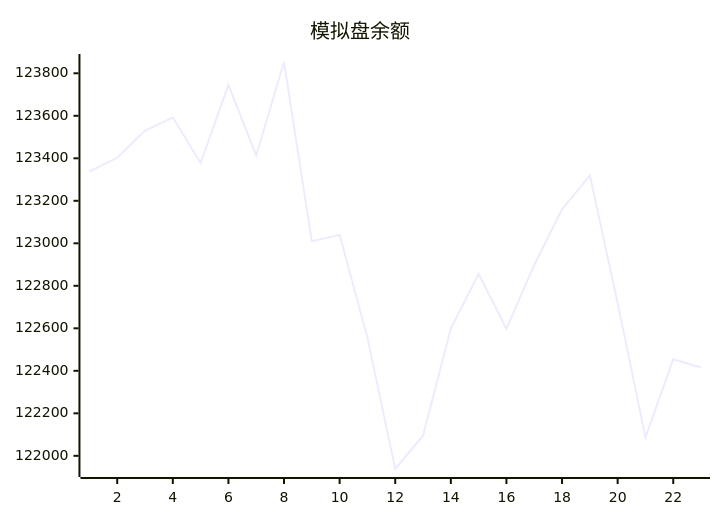
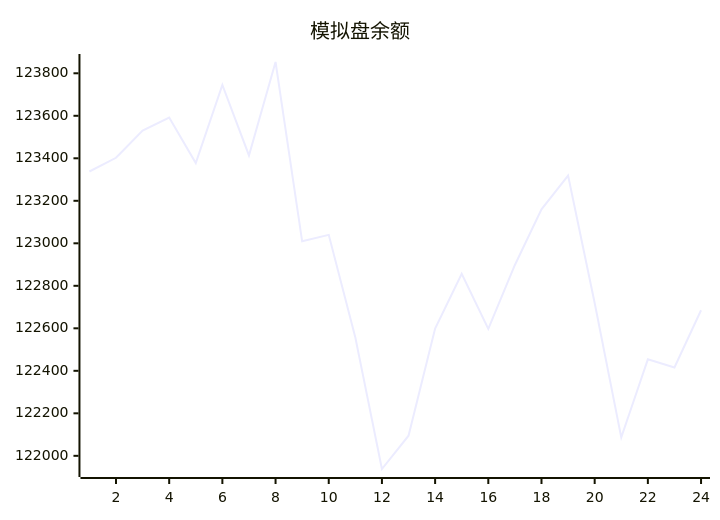
One commit to aahl/mcp-aktools changed the diagram in trading/README.md. Above: the diagram before and after it, drawn with Mermaid. The commit also changed 1 other file, not shown here.

Commit message:
📈 AkTools MCP Server

````diff
--- a/trading/README.md
+++ b/trading/README.md
@@ -3,5 +3,5 @@
 ```mermaid
 xychart
     title "模拟盘余额"
-    line [123337.9,123402.4,123530.3,123591.6,123377.9,123745.3,123413.3,123853.1,123009.4,123039.8,122557.0,121938.0,122094.6,122599.0,122856.1,122597.3,122898.1,123160.2,123318.8,122719.1,122086.7,122454.1,122415.9]
+    line [123337.9,123402.4,123530.3,123591.6,123377.9,123745.3,123413.3,123853.1,123009.4,123039.8,122557.0,121938.0,122094.6,122599.0,122856.1,122597.3,122898.1,123160.2,123318.8,122719.1,122086.7,122454.1,122415.9,122685.2]
 ```
````
